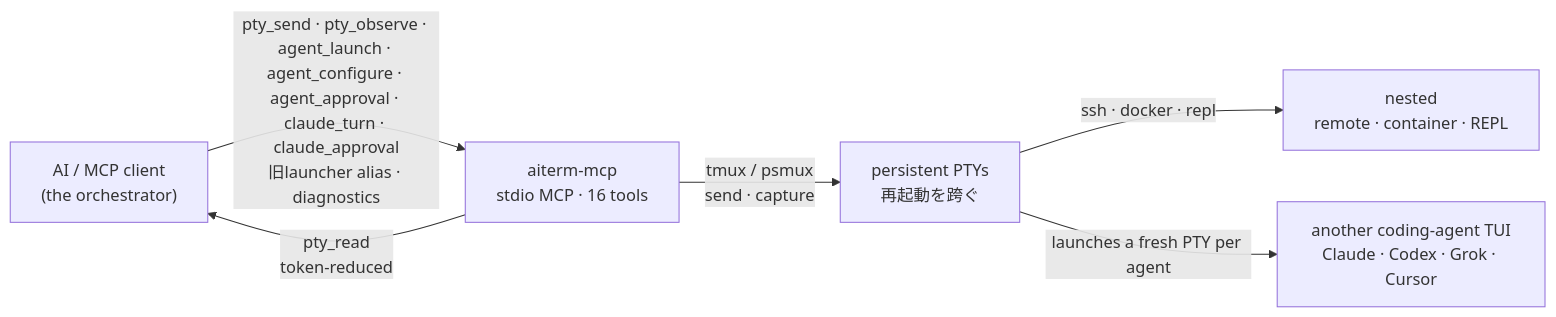
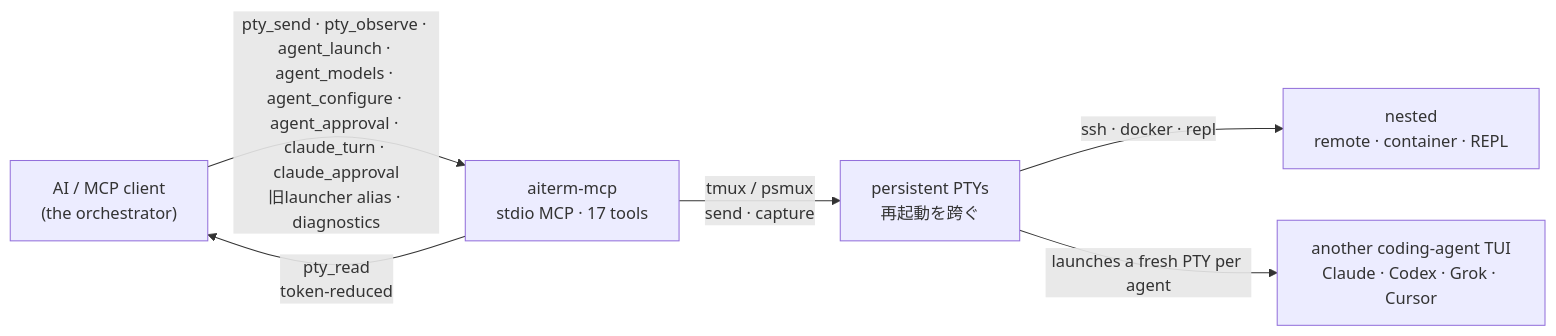
The diagram in README.ja.md (kitepon/aiterm-mcp), drawn with Mermaid before and after one commit. The commit also changed other lines of this file and 17 other files, not shown here.

````diff
--- a/README.ja.md
+++ b/README.ja.md
@@ -409,8 +409,8 @@
 ```mermaid
 flowchart LR
-    AI["AI / MCP client<br/>(the orchestrator)"] -->|"pty_send · pty_observe · agent_launch · agent_configure · agent_approval · claude_turn · claude_approval<br/>旧launcher alias · diagnostics"| S["aiterm-mcp<br/>stdio MCP · 16 tools"]
+    AI["AI / MCP client<br/>(the orchestrator)"] -->|"pty_send · pty_observe · agent_launch · agent_models · agent_configure · agent_approval · claude_turn · claude_approval<br/>旧launcher alias · diagnostics"| S["aiterm-mcp<br/>stdio MCP · 17 tools"]
     S -->|"pty_read<br/>token-reduced"| AI
     S -->|"tmux / psmux<br/>send · capture"| P["persistent PTYs<br/>再起動を跨ぐ"]
     P -->|"ssh · docker · repl"| R["nested<br/>remote · container · REPL"]
     P -->|"launches a fresh PTY per agent"| A["another coding-agent TUI<br/>Claude · Codex · Grok · Cursor"]
 ```
````
